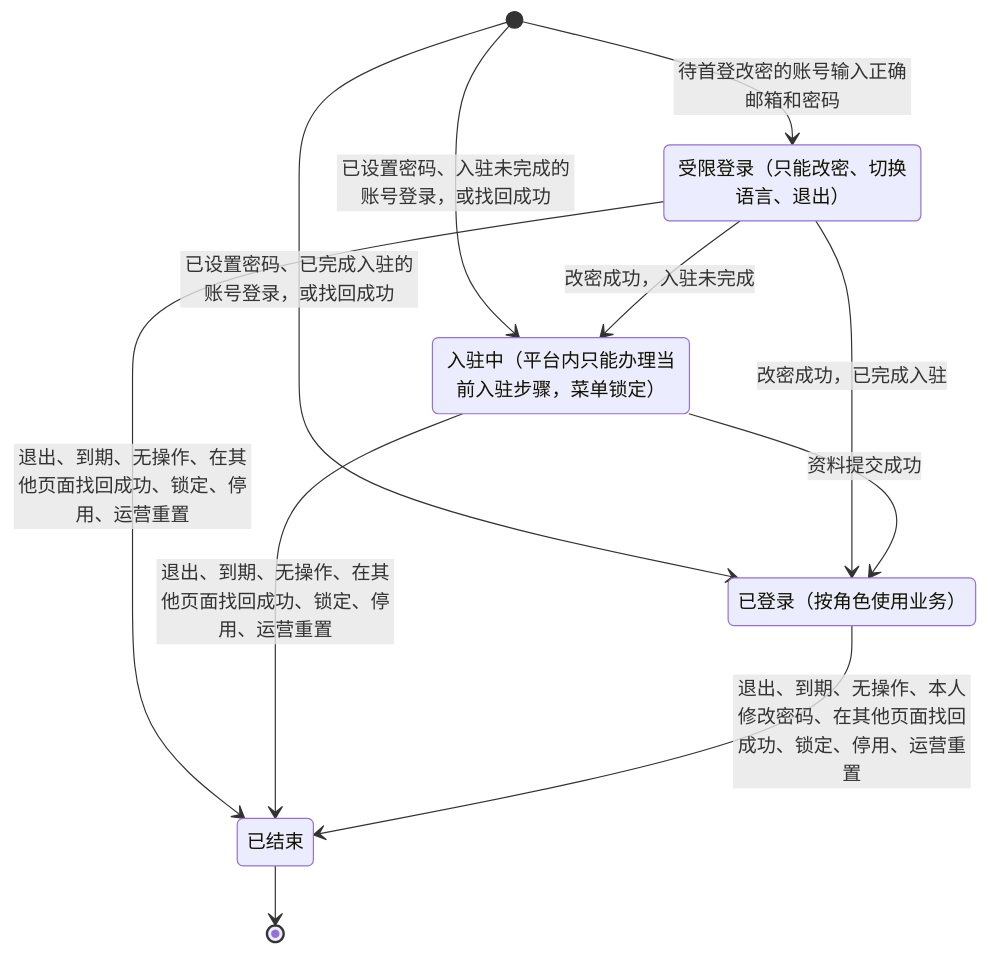
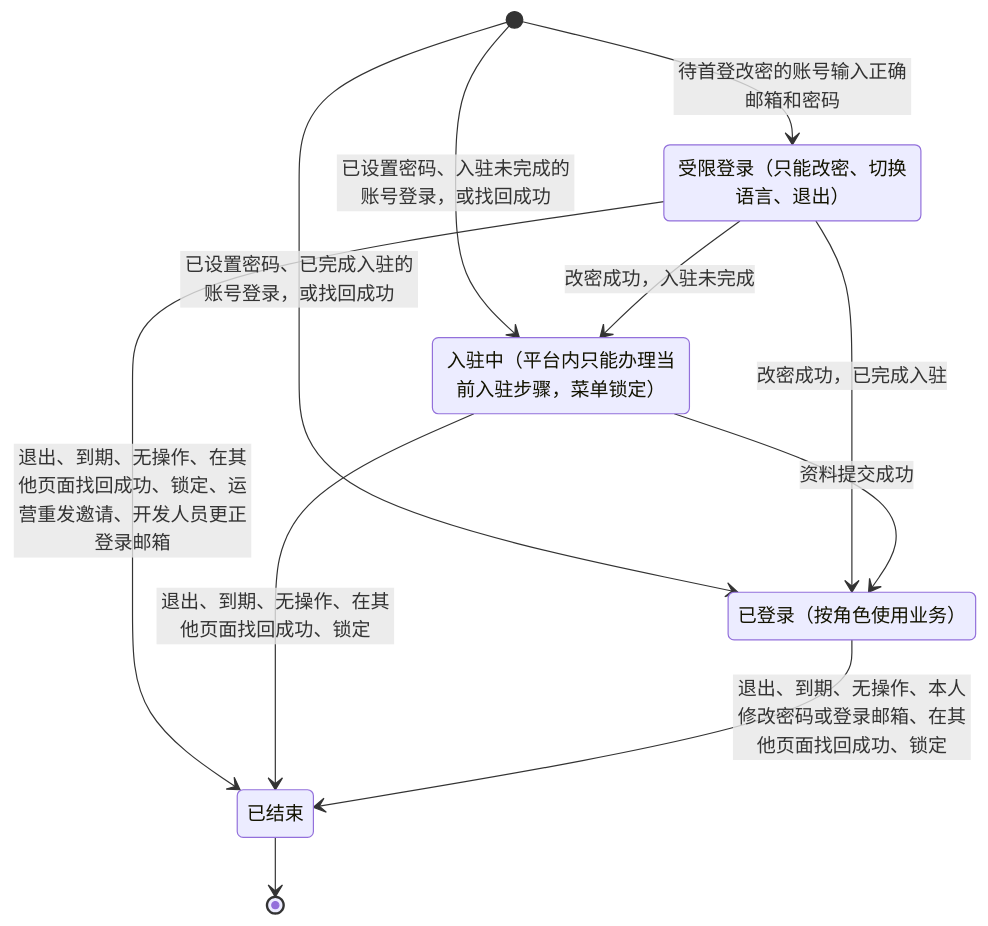
Diagram 11 of 11 in asset-trust-platform/PRD/企业端/M1-企业登录与首次入驻/02-企业登录与首次入驻-流程图与状态机.md (wxblockchain/Chain-Financing), drawn with Mermaid before and after one commit. The commit also changed other lines of this file and 4 other files, not shown here.

````diff
--- a/asset-trust-platform/PRD/企业端/M1-企业登录与首次入驻/02-企业登录与首次入驻-流程图与状态机.md
+++ b/asset-trust-platform/PRD/企业端/M1-企业登录与首次入驻/02-企业登录与首次入驻-流程图与状态机.md
@@ -261,17 +279,17 @@
 ```mermaid
 stateDiagram-v2
     state "受限登录（只能改密、切换语言、退出）" as R
     state "入驻中（平台内只能办理当前入驻步骤，菜单锁定）" as O
     state "已登录（按角色使用业务）" as L
     state "已结束" as E
     [*] --> R: 待首登改密的账号输入正确邮箱和密码
     [*] --> O: 已设置密码、入驻未完成的账号登录，或找回成功
     [*] --> L: 已设置密码、已完成入驻的账号登录，或找回成功
     R --> O: 改密成功，入驻未完成
     R --> L: 改密成功，已完成入驻
     O --> L: 资料提交成功
-    R --> E: 退出、到期、无操作、在其他页面找回成功、锁定、停用、运营重置
-    O --> E: 退出、到期、无操作、在其他页面找回成功、锁定、停用、运营重置
-    L --> E: 退出、到期、无操作、本人修改密码、在其他页面找回成功、锁定、停用、运营重置
+    R --> E: 退出、到期、无操作、在其他页面找回成功、锁定、运营重发邀请、开发人员更正登录邮箱
+    O --> E: 退出、到期、无操作、在其他页面找回成功、锁定
+    L --> E: 退出、到期、无操作、本人修改密码或登录邮箱、在其他页面找回成功、锁定
     E --> [*]
 ```
````
